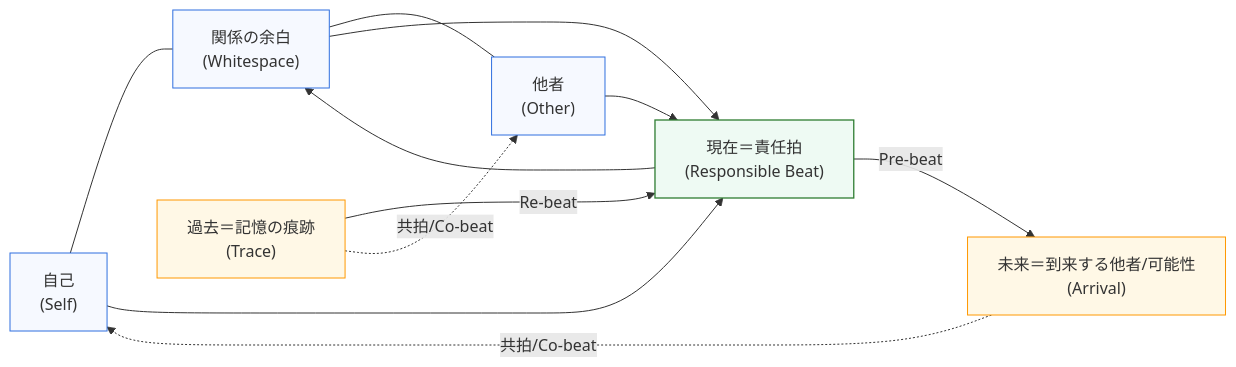
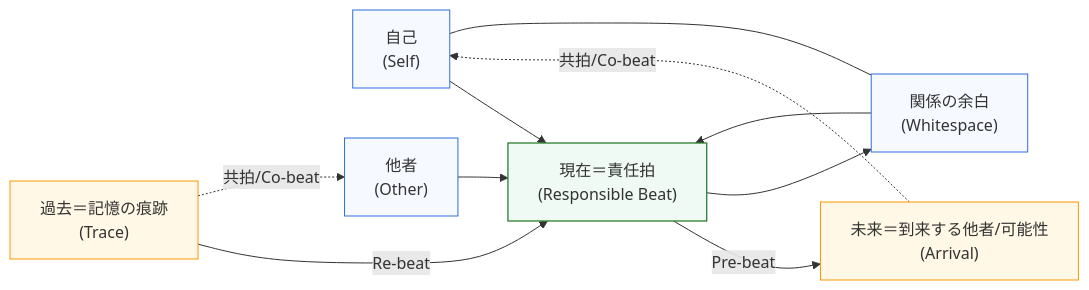
The fifth of 6 diagrams in docs/articles/Ethics-of-Pulsative-Memory-and-Relation.md (ittekiou/EgQE), drawn with Mermaid before and after one commit. The commit also changed other lines of this file and 3 other files, not shown here.

````diff
--- a/docs/articles/Ethics-of-Pulsative-Memory-and-Relation.md
+++ b/docs/articles/Ethics-of-Pulsative-Memory-and-Relation.md
@@ -124,33 +201,33 @@
 ```mermaid
 flowchart LR
   %% Nodes
   Self["自己<br/>(Self)"]
   Other["他者<br/>(Other)"]
   White["関係の余白<br/>(Whitespace)"]
   Past["過去＝記憶の痕跡<br/>(Trace)"]
   Present["現在＝責任拍<br/>(Responsible Beat)"]
   Future["未来＝到来する他者/可能性<br/>(Arrival)"]
 
   %% Spatial layer (relation field)
-  Self --- White --- Other
-
+  White --- Self
+  
   %% Temporal layer (memory beat)
   Past -->|Re-beat| Present -->|Pre-beat| Future
 
   %% Cross-couplings
   White --> Present
   Present --> White
   Self --> Present
   Other --> Present
   Past -.共拍/Co-beat.-> Other
   Future -.共拍/Co-beat.-> Self
 
   %% Styles
   classDef space fill:#f6f9ff,stroke:#2f6fdf,stroke-width:1px;
   classDef time fill:#fff8e6,stroke:#ff9800,stroke-width:1px;
   classDef core fill:#eefaf3,stroke:#2e7d32,stroke-width:1.3px;
 
   class Self,Other,White space;
   class Past,Future time;
   class Present core;
 ```
````
